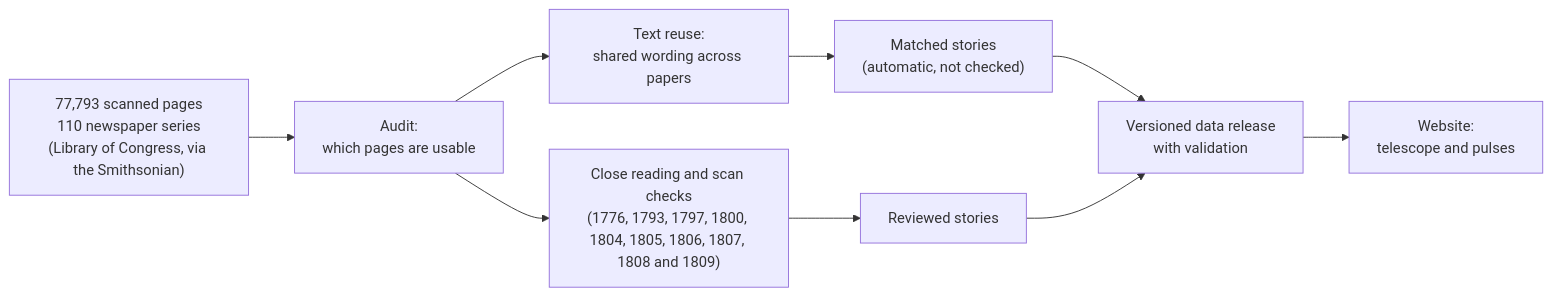
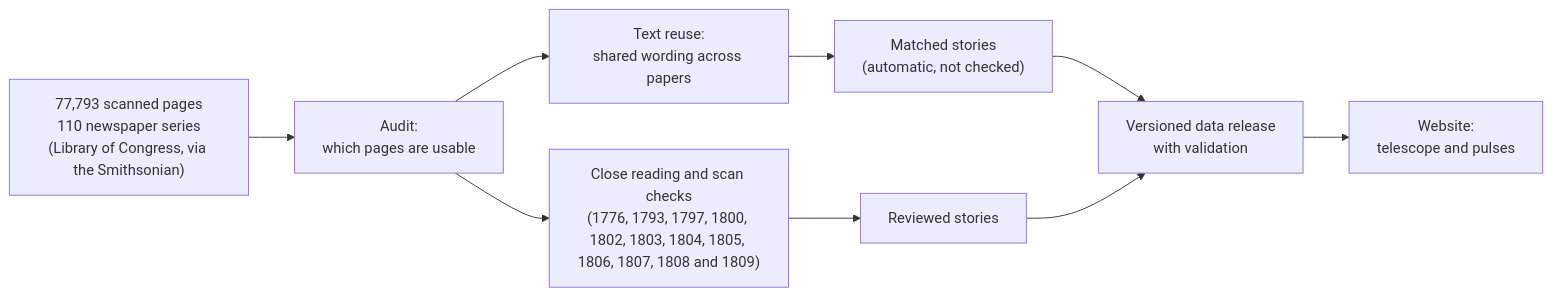
Before and after one commit to Major-Studio-1/Project-02-newspaper-night-sky: the diagram in README.md, drawn with Mermaid. The commit also changed other lines of this file and 479 other files, not shown here.

````diff
--- a/README.md
+++ b/README.md
@@ -39,10 +39,10 @@
 ```mermaid
 flowchart LR
   A["77,793 scanned pages<br/>110 newspaper series<br/>(Library of Congress, via the Smithsonian)"] --> B["Audit:<br/>which pages are usable"]
   B --> C["Text reuse:<br/>shared wording across papers"]
   C --> D["Matched stories<br/>(automatic, not checked)"]
-  B --> E["Close reading and scan checks<br/>(1776, 1793, 1797, 1800, 1804, 1805, 1806, 1807, 1808 and 1809)"]
+  B --> E["Close reading and scan checks<br/>(1776, 1793, 1797, 1800, 1802, 1803, 1804, 1805, 1806, 1807, 1808 and 1809)"]
   E --> F["Reviewed stories"]
   D & F --> G["Versioned data release<br/>with validation"]
   G --> H["Website:<br/>telescope and pulses"]
 ```
````
